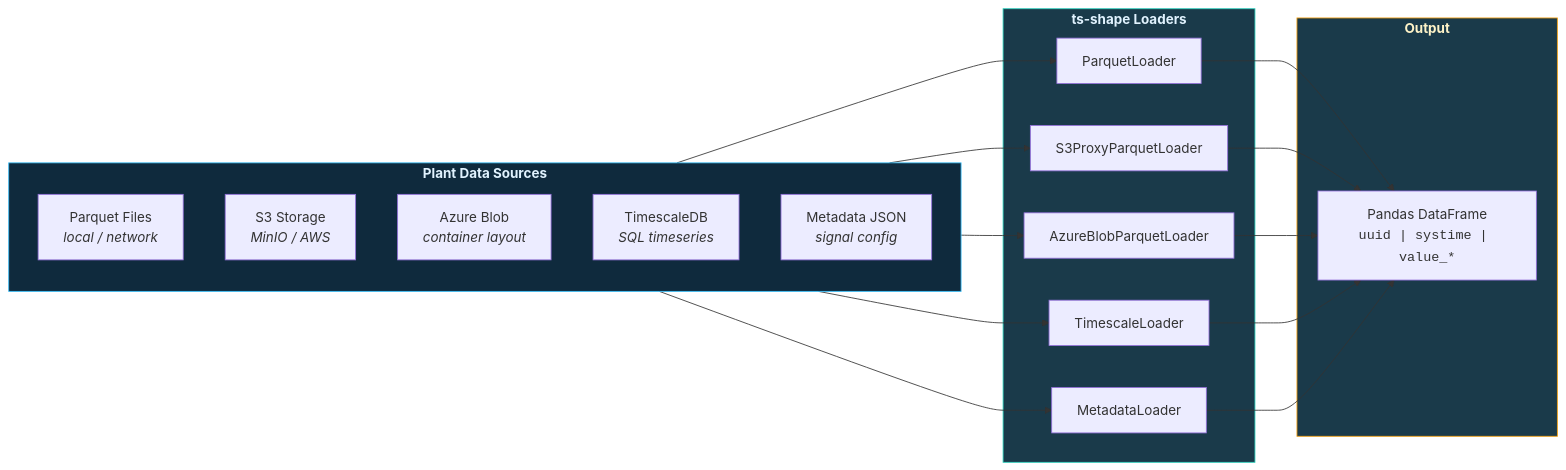
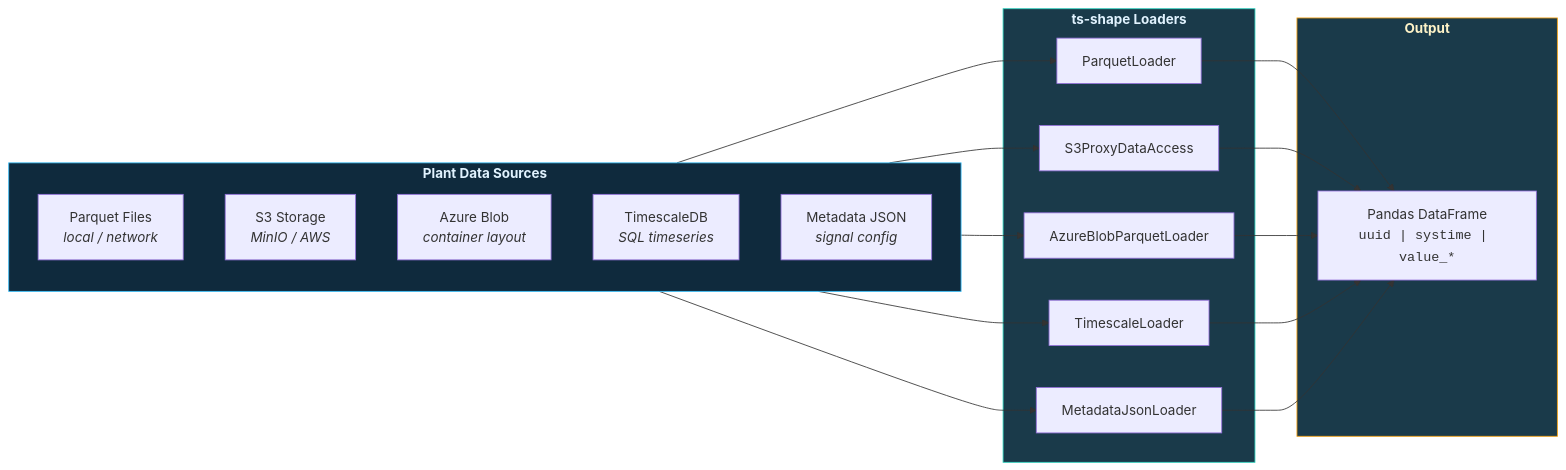
The diagram in docs/guides/loading.md (ts-shape/ts-shape), drawn with Mermaid before and after one commit. The commit also changed other lines of this file and 38 other files, not shown here.

````diff
--- a/docs/guides/loading.md
+++ b/docs/guides/loading.md
@@ -9,33 +9,33 @@
 ```mermaid
 flowchart LR
     subgraph SOURCES["<b>Plant Data Sources</b>"]
         direction TB
         P["Parquet Files<br/><i>local / network</i>"]
         S3["S3 Storage<br/><i>MinIO / AWS</i>"]
         AZ["Azure Blob<br/><i>container layout</i>"]
         TS["TimescaleDB<br/><i>SQL timeseries</i>"]
         MD["Metadata JSON<br/><i>signal config</i>"]
     end
 
     subgraph LOAD["<b>ts-shape Loaders</b>"]
         PL["ParquetLoader"]
-        S3L["S3ProxyParquetLoader"]
+        S3L["S3ProxyDataAccess"]
         AZL["AzureBlobParquetLoader"]
         TSL["TimescaleLoader"]
-        MDL["MetadataLoader"]
+        MDL["MetadataJsonLoader"]
     end
 
     subgraph OUT["<b>Output</b>"]
         DF["Pandas DataFrame<br/><code>uuid | systime | value_*</code>"]
     end
 
     P --> PL --> DF
     S3 --> S3L --> DF
     AZ --> AZL --> DF
     TS --> TSL --> DF
     MD --> MDL --> DF
 
     style SOURCES fill:#0f2a3d,stroke:#38bdf8,color:#e0f2fe
     style LOAD fill:#1a3a4a,stroke:#2dd4bf,color:#e0f2fe
     style OUT fill:#1a3a4a,stroke:#f59e0b,color:#fef3c7
 ```
````
